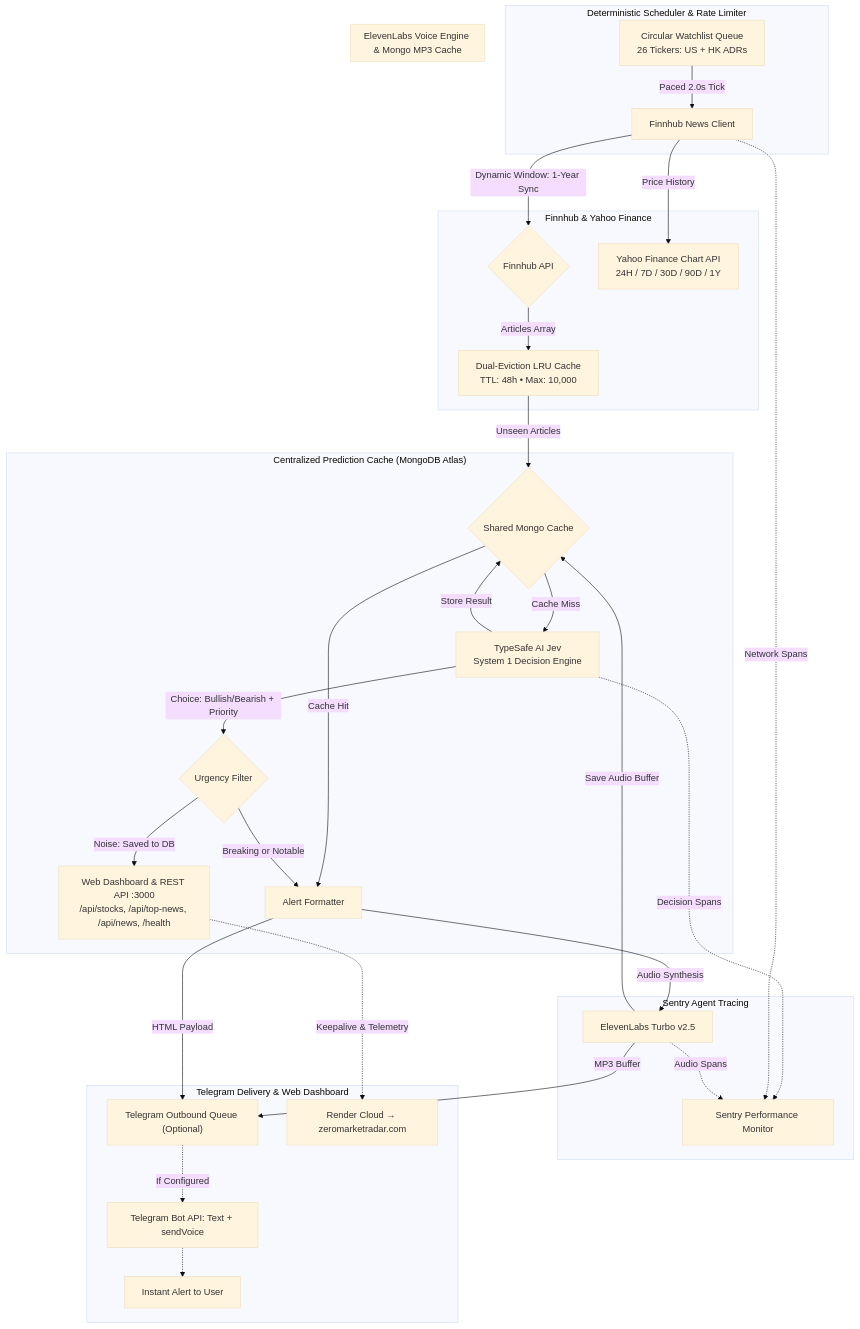
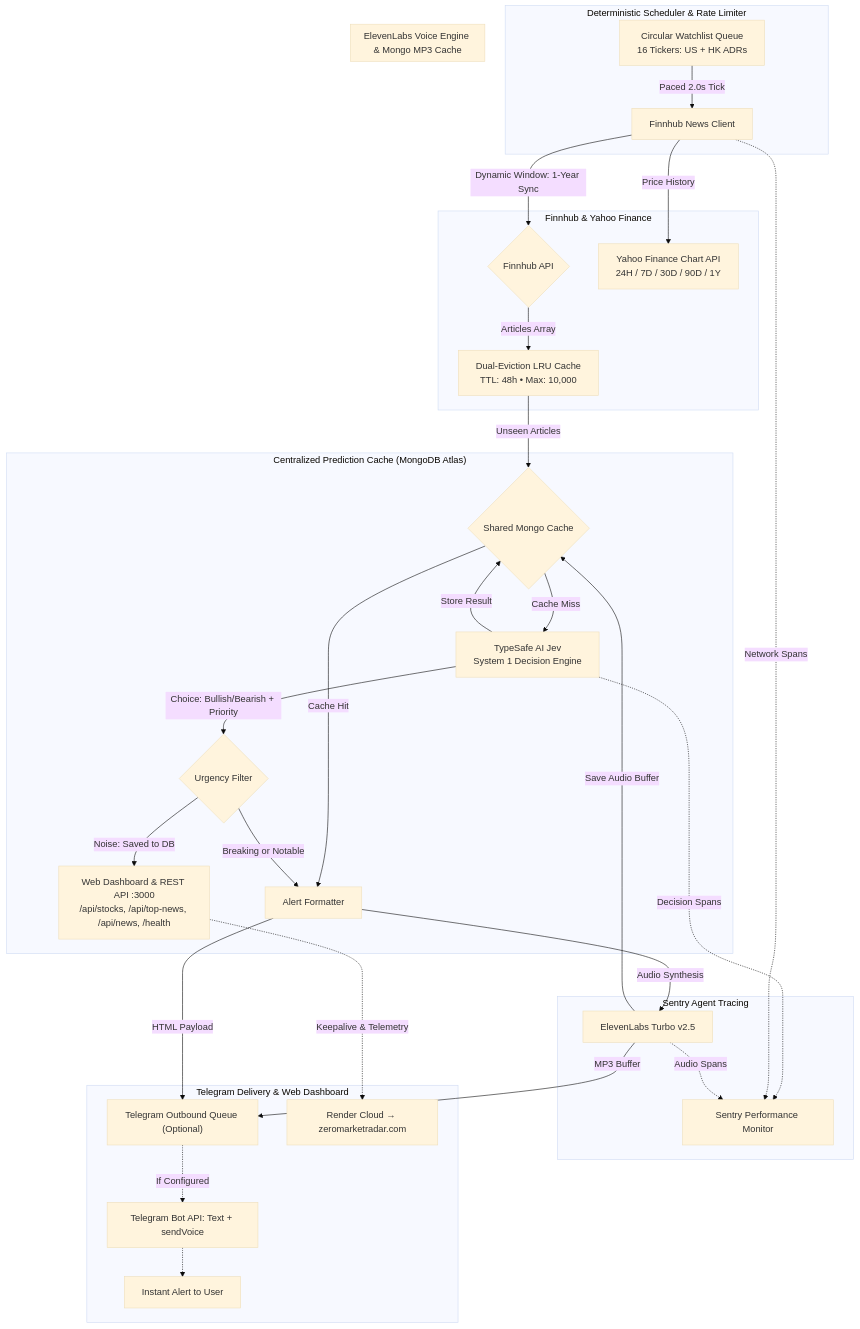
The diagram in README.md (ntsd/stock-news-alert), drawn with Mermaid (base theme) before and after one commit. The commit also changed other lines of this file and 7 other files, not shown here.

````diff
--- a/README.md
+++ b/README.md
@@ -44,41 +44,41 @@
 ```mermaid
 flowchart TD
     subgraph Scheduler ["Deterministic Scheduler & Rate Limiter"]
-        A["Circular Watchlist Queue<br/>26 Tickers: US + HK ADRs"] -->|Paced 2.0s Tick| B["Finnhub News Client"]
+        A["Circular Watchlist Queue<br/>16 Tickers: US + HK ADRs"] -->|Paced 2.0s Tick| B["Finnhub News Client"]
     end
 
     subgraph External ["Finnhub & Yahoo Finance"]
         B -->|Dynamic Window: 1-Year Sync| C{"Finnhub API"}
         C -->|Articles Array| D["Dual-Eviction LRU Cache<br/>TTL: 48h • Max: 10,000"]
         B -->|Price History| YF["Yahoo Finance Chart API<br/>24H / 7D / 30D / 90D / 1Y"]
     end
 
     subgraph Storage ["Centralized Prediction Cache (MongoDB Atlas)"]
         D -->|Unseen Articles| M{"Shared Mongo Cache"}
         M -->|Cache Hit| G["Alert Formatter"]
         M -->|Cache Miss| E["TypeSafe AI Jev<br/>System 1 Decision Engine"]
         E -->|Store Result| M
         E -->|Choice: Bullish/Bearish + Priority| F{"Urgency Filter"}
         F -->|Noise: Saved to DB| K
         F -->|Breaking or Notable| G
     end
 
     subgraph Observability ["Sentry Agent Tracing"]
         E -.->|Decision Spans| S["Sentry Performance Monitor"]
         B -.->|Network Spans| S
         EL -.->|Audio Spans| S
     end
 
     subgraph Audio ["ElevenLabs Voice Engine & Mongo MP3 Cache"]
         G -->|Audio Synthesis| EL["ElevenLabs Turbo v2.5"]
         EL -->|Save Audio Buffer| M
     end
 
     subgraph Delivery ["Telegram Delivery & Web Dashboard"]
         EL -->|MP3 Buffer| H["Telegram Outbound Queue (Optional)"]
         G -->|HTML Payload| H
         H -.->|If Configured| I["Telegram Bot API: Text + sendVoice"]
         I -.-> J["Instant Alert to User"]
         K["Web Dashboard & REST API :3000<br/>/api/stocks, /api/top-news, /api/news, /health"] -.->|Keepalive & Telemetry| L["Render Cloud → zeromarketradar.com"]
     end
 ```
````
